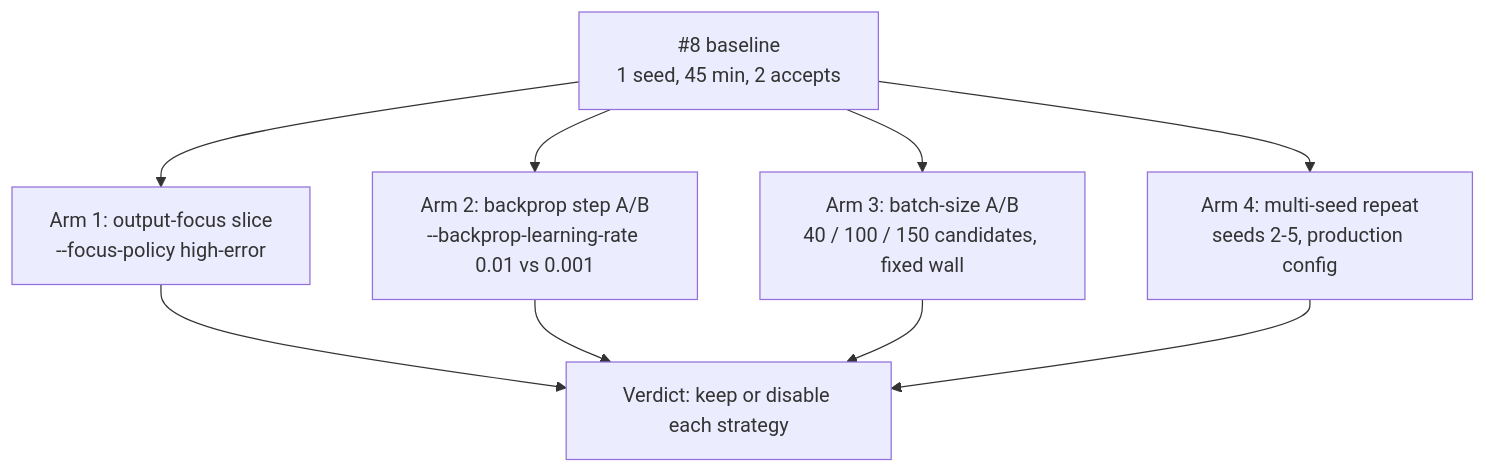
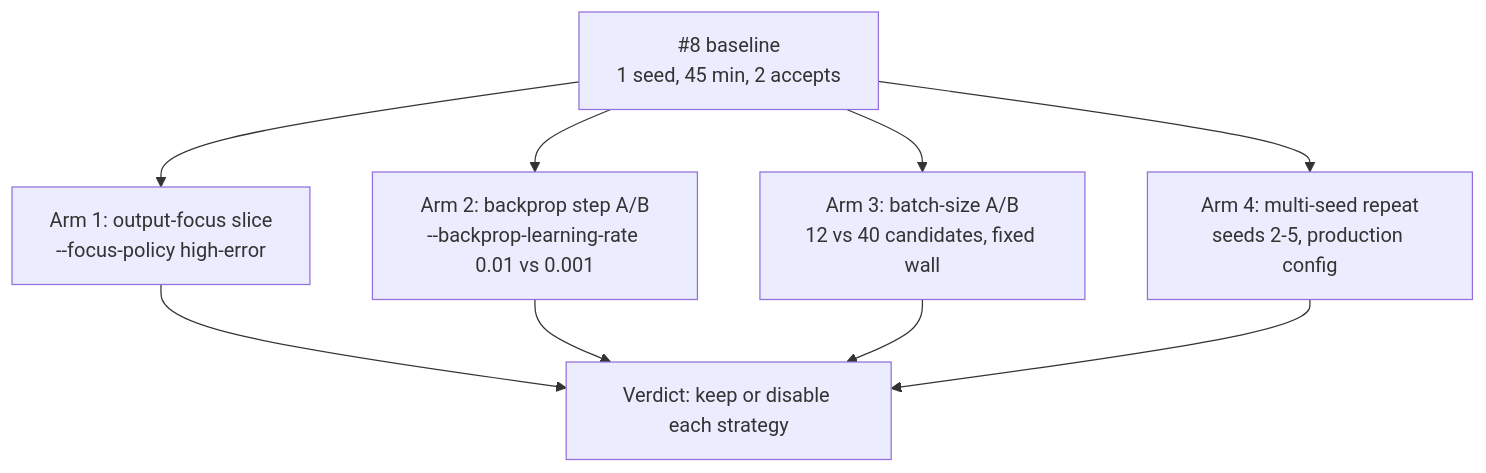
Before and after one commit to stSoftwareAU/NEAT-AI-Lamarck: the diagram in docs/followup-economics.md, drawn with Mermaid. The commit also changed other lines of this file and 9 other files, not shown here.

````diff
--- a/docs/followup-economics.md
+++ b/docs/followup-economics.md
@@ -19,11 +19,11 @@
 ```mermaid
 flowchart TD
     B["#8 baseline<br/>1 seed, 45 min, 2 accepts"] --> A1["Arm 1: output-focus slice<br/>--focus-policy high-error"]
     B --> A2["Arm 2: backprop step A/B<br/>--backprop-learning-rate 0.01 vs 0.001"]
-    B --> A3["Arm 3: batch-size A/B<br/>40 / 100 / 150 candidates, fixed wall"]
+    B --> A3["Arm 3: batch-size A/B<br/>12 vs 40 candidates, fixed wall"]
     B --> A4["Arm 4: multi-seed repeat<br/>seeds 2-5, production config"]
     A1 --> V["Verdict: keep or disable each strategy"]
     A2 --> V
     A3 --> V
     A4 --> V
 ```
````
